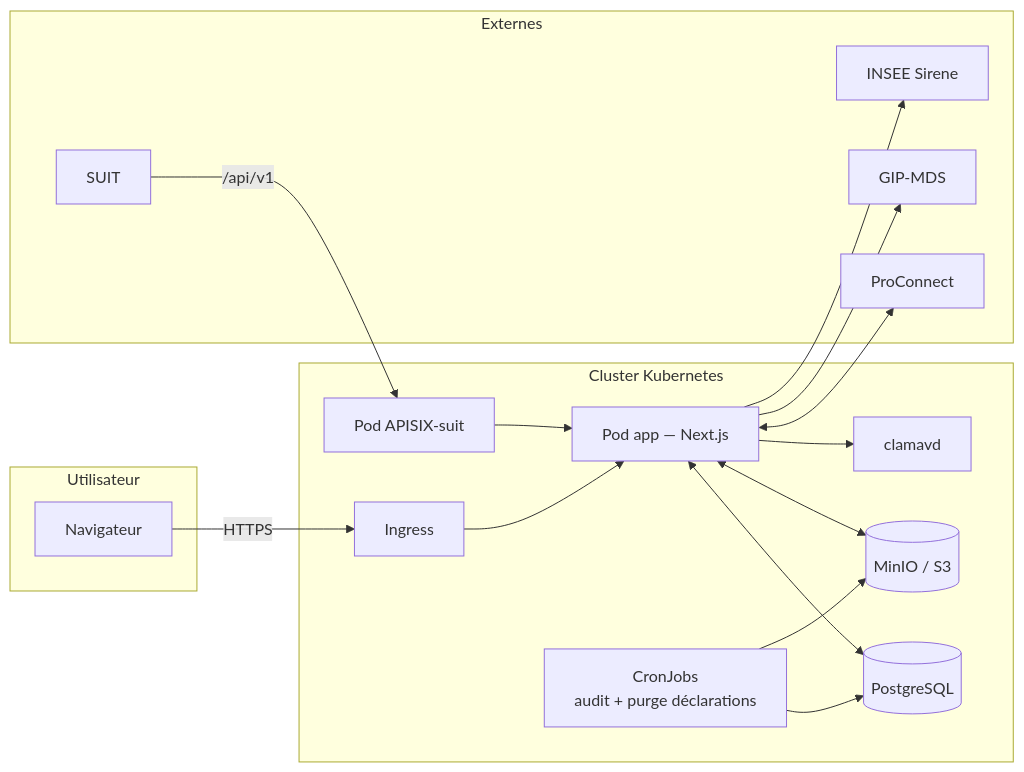
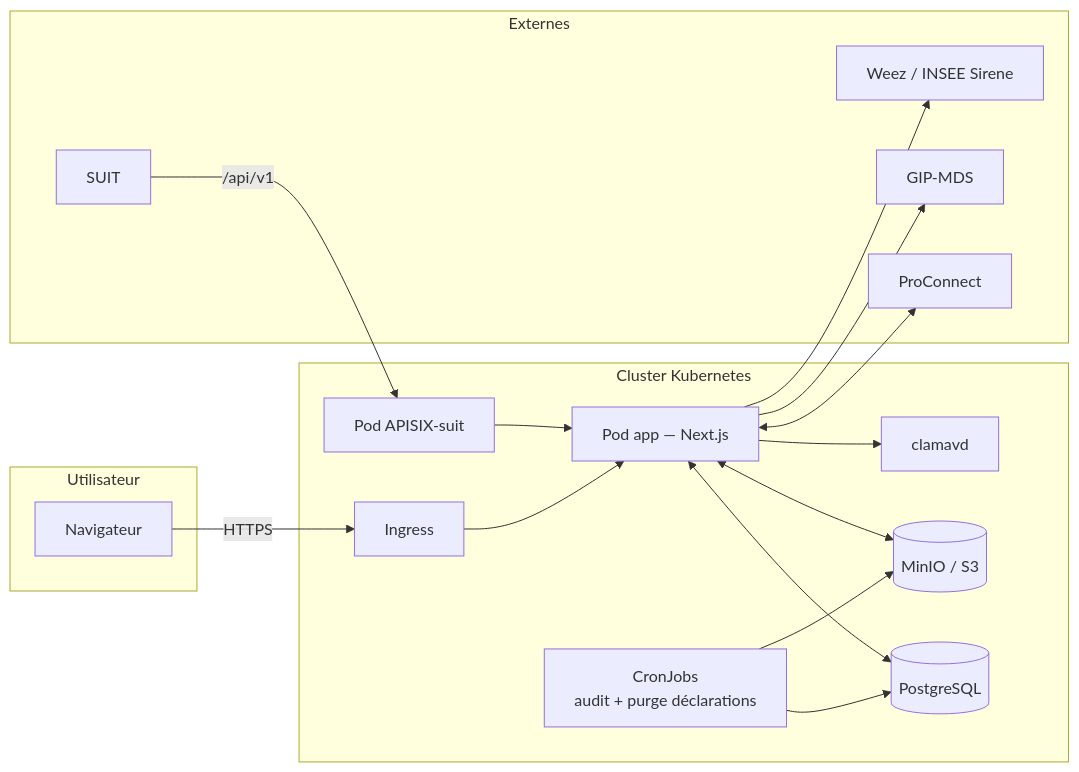
One commit to SocialGouv/egapro changed the first of 6 diagrams in docs/architecture.md. Above: the diagram before and after it, drawn with Mermaid. The commit also changed other lines of this file and 1 other file, not shown here.

````diff
--- a/docs/architecture.md
+++ b/docs/architecture.md
@@ -33,33 +33,33 @@
 ```mermaid
 flowchart LR
     subgraph "Utilisateur"
       U[Navigateur]
     end
     subgraph "Cluster Kubernetes"
       I[Ingress]
       A[Pod app — Next.js]
       AP[Pod APISIX-suit]
       DB[(PostgreSQL)]
       S3[(MinIO / S3)]
       AV[clamavd]
       CR[CronJobs<br/>audit + purge déclarations]
     end
     subgraph "Externes"
       PC[ProConnect]
       GIP[GIP-MDS]
-      SI[INSEE Sirene]
+      SI[Weez / INSEE Sirene]
       ST[SUIT]
     end
 
     U -->|HTTPS| I
     I --> A
     ST -->|/api/v1| AP --> A
     A <--> DB
     A <--> S3
     A --> AV
     A <--> PC
     A --> GIP
     A --> SI
     CR --> DB
     CR --> S3
 ```
````
